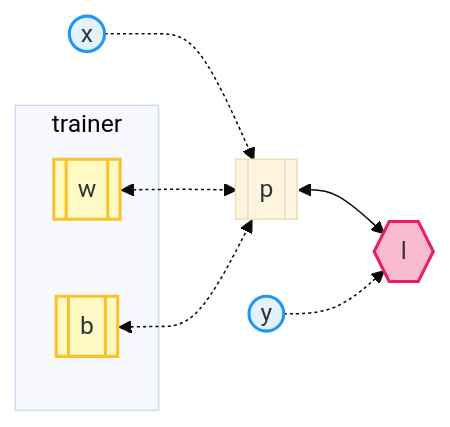
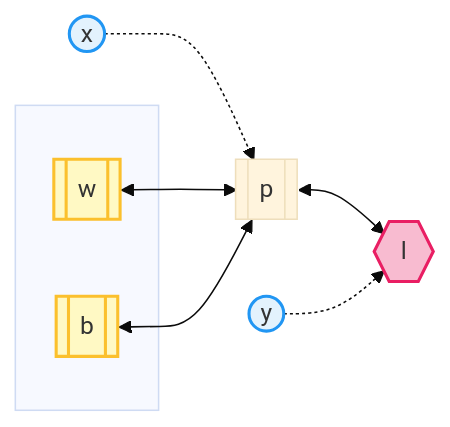
The diagram in mermaid-scripts/01-compu-graph.mmd (GPTmini/GPTmini), drawn with Mermaid (base theme) before and after one commit. The commit also changed 16 other files, not shown here.

```diff
--- a/mermaid-scripts/01-compu-graph.mmd
+++ b/mermaid-scripts/01-compu-graph.mmd
@@ -1,16 +1,15 @@
 flowchart LR
     classDef in fill:#E3F2FD,stroke:#2196F3,stroke-width:2px;
     classDef model fill:#FFF9C4,stroke:#FBC02D,stroke-width:2px;
     classDef data fill:#E1BEE7,stroke:#9C27B0,stroke-width:2px;
     classDef test fill:#F8BBD0,stroke:#E91E63,stroke-width:2px;
     classDef out fill:#DCEDC8,stroke:#8BC34A,stroke-width:2px;
     classDef skip stroke:#B0BEC5,stroke-width:2px,stroke-dasharray: 5 5;
-
-    subgraph "trainer"
+    subgraph " "
         W[[w]]:::model
         B[[b]]:::model
     end
     X((x)):::in -.-> P[[p]] <--> L{{l}}:::test
-    W[[w]]:::model <-.-> P
-    B[[b]]:::model <-.-> P
+    W[[w]]:::model <--> P
+    B[[b]]:::model <--> P
     Y((y)):::in -.-> L
```
